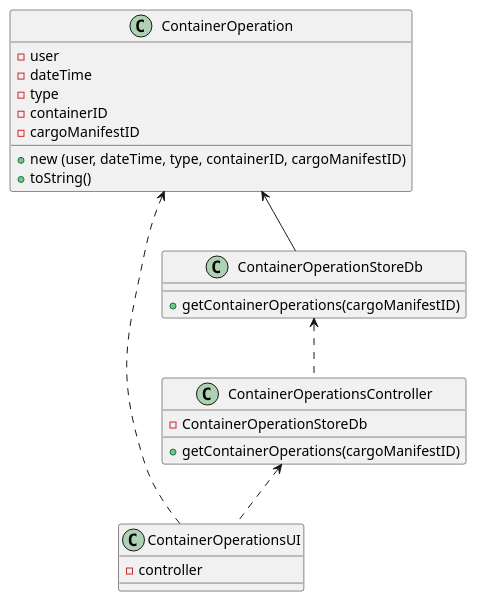
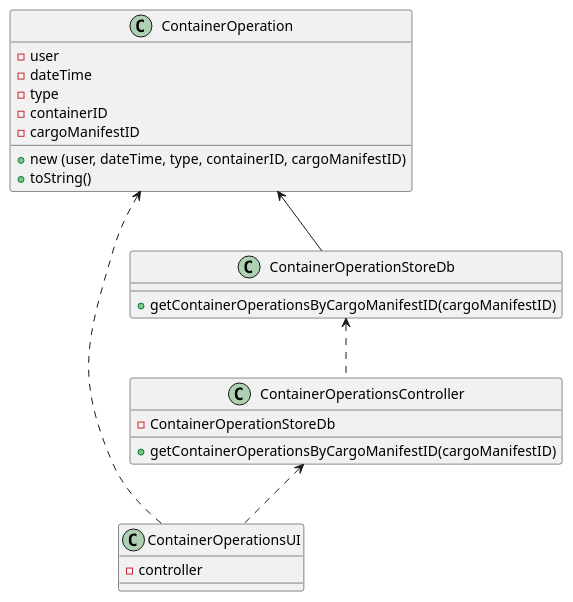
One commit to 1190772/LAB-Project-3 changed the diagram in docs/Sprint 3/US/US304/US304_CD.puml. Above: the diagram before and after it, drawn with PlantUML. The commit also changed 5 other files, not shown here.

```diff
--- a/docs/Sprint 3/US/US304/US304_CD.puml
+++ b/docs/Sprint 3/US/US304/US304_CD.puml
@@ -1,32 +1,32 @@
 @startuml
 'https://plantuml.com/class-diagram
 
 class ContainerOperationsUI {
 - controller
 }
 
 class ContainerOperationsController {
 - ContainerOperationStoreDb
-+ getContainerOperations(cargoManifestID)
++ getContainerOperationsByCargoManifestID(cargoManifestID)
 }
 
 class ContainerOperationStoreDb {
-+ getContainerOperations(cargoManifestID)
++ getContainerOperationsByCargoManifestID(cargoManifestID)
 }
 
 class ContainerOperation {
 - user
 - dateTime
 - type
 - containerID
 - cargoManifestID
 + new (user, dateTime, type, containerID, cargoManifestID)
 + toString()
 }
 
 ContainerOperationsController <.. ContainerOperationsUI
 ContainerOperationStoreDb <.. ContainerOperationsController
 ContainerOperation <-- ContainerOperationStoreDb
 ContainerOperation <.. ContainerOperationsUI
 
 @enduml
```
